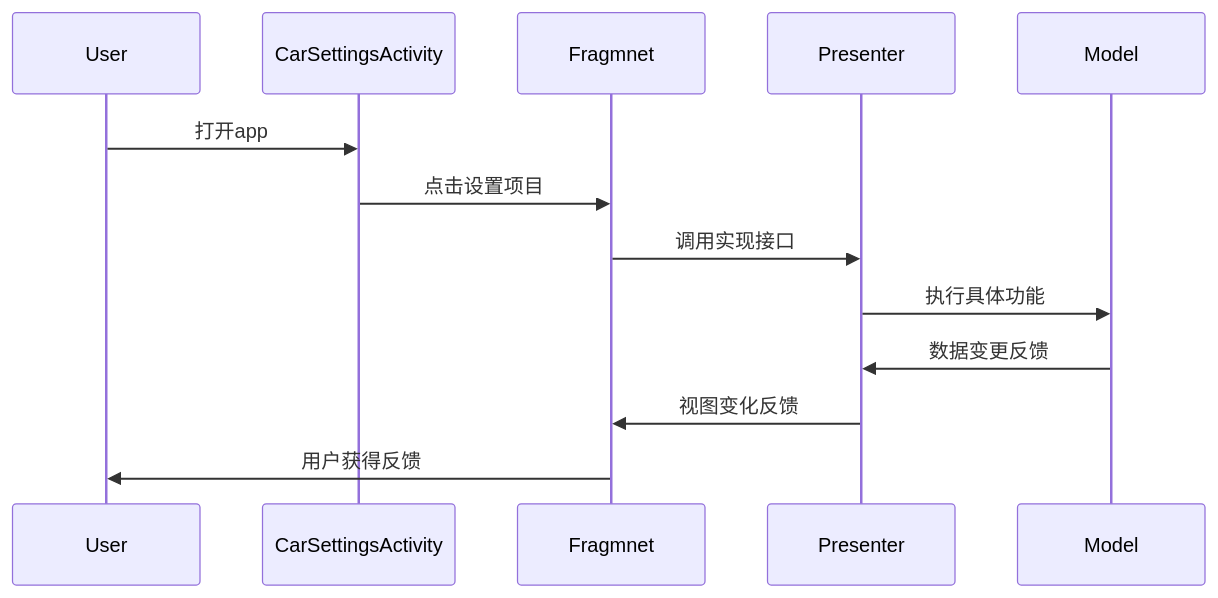
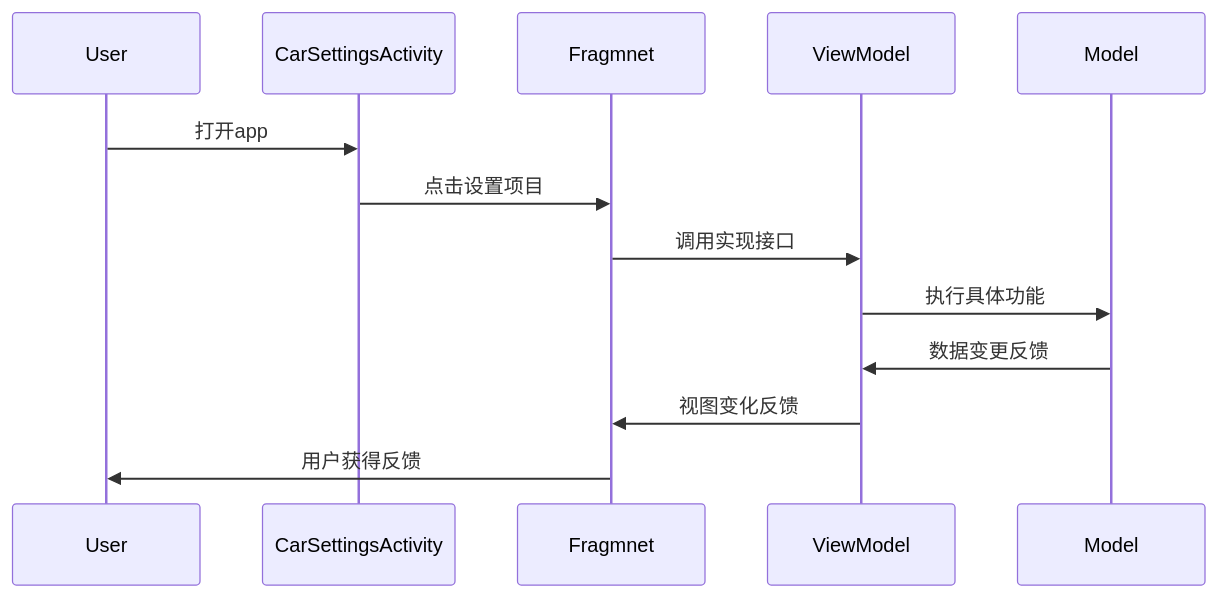
The seventh of 15 diagrams in First/BTSystemSettingUML/1.total/系统结构.md (AbyssWXK/ObsidianNote), drawn with Mermaid before and after one commit. The commit also changed other lines of this file, not shown here.

````diff
--- a/First/BTSystemSettingUML/1.total/系统结构.md
+++ b/First/BTSystemSettingUML/1.total/系统结构.md
@@ -121,16 +121,16 @@
 ```mermaid
 sequenceDiagram
 participant User
 participant CarSettingsActivity
 participant Fragmnet
-participant Presenter
+participant ViewModel
 participant Model
 User->>CarSettingsActivity:打开app
 CarSettingsActivity->>Fragmnet:点击设置项目
-Fragmnet->>Presenter:调用实现接口
-Presenter->>Model:执行具体功能
-Model->>Presenter:数据变更反馈
-Presenter->>Fragmnet:视图变化反馈
+Fragmnet->>ViewModel:调用实现接口
+ViewModel->>Model:执行具体功能
+Model->>ViewModel:数据变更反馈
+ViewModel->>Fragmnet:视图变化反馈
 Fragmnet->>User:用户获得反馈
 
 ```
````
